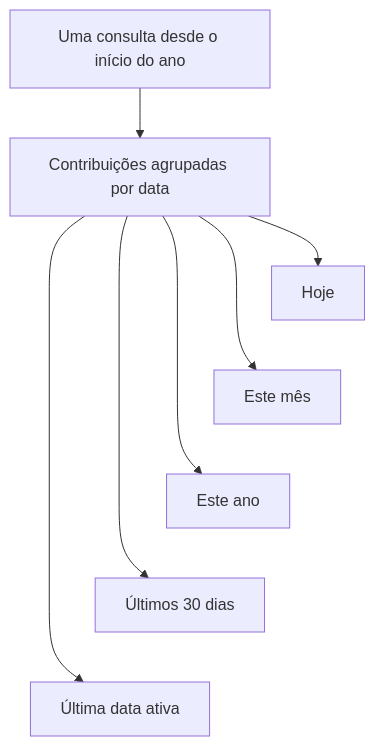
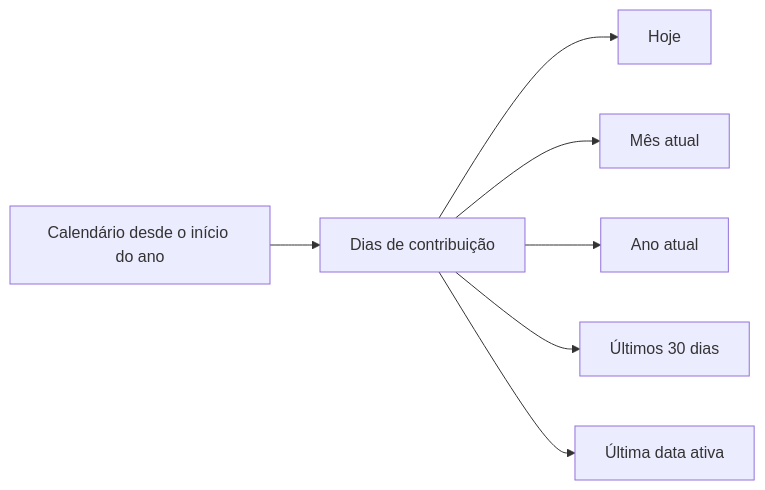
One commit to ErickCReis/ErickCReis changed the second of 2 diagrams in web/content/blog/personal-telemetry-from-spotify-and-github.pt-BR.mdx. Above: the diagram before and after it, drawn with Mermaid. The commit also changed other lines of this file and 1 other file, not shown here.

````diff
--- a/web/content/blog/personal-telemetry-from-spotify-and-github.pt-BR.mdx
+++ b/web/content/blog/personal-telemetry-from-spotify-and-github.pt-BR.mdx
@@ -65,10 +118,9 @@
 ```mermaid center
-flowchart TB
-  Query["Uma consulta desde o início do ano"] --> Days["Contribuições agrupadas por data"]
+flowchart LR
+  Query["Calendário desde o início do ano"] --> Days["Dias de contribuição"]
   Days --> Today["Hoje"]
-  Days --> Month["Este mês"]
-  Days --> Year["Este ano"]
+  Days --> Month["Mês atual"]
+  Days --> Year["Ano atual"]
   Days --> Window["Últimos 30 dias"]
   Days --> Last["Última data ativa"]
-  Today ~~~ Month ~~~ Year ~~~ Window ~~~ Last
 ```
````
